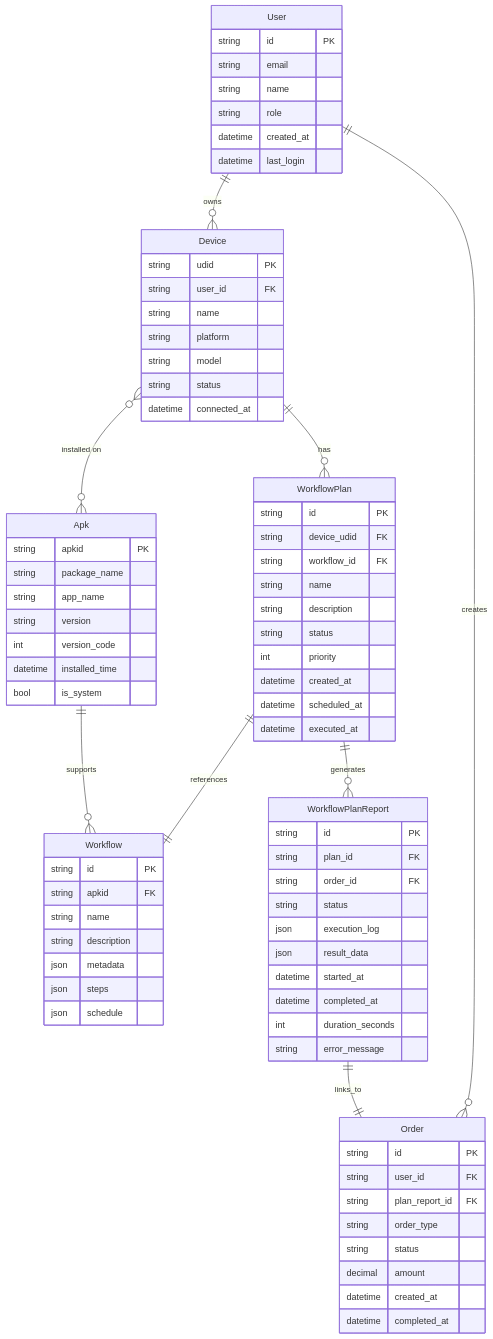
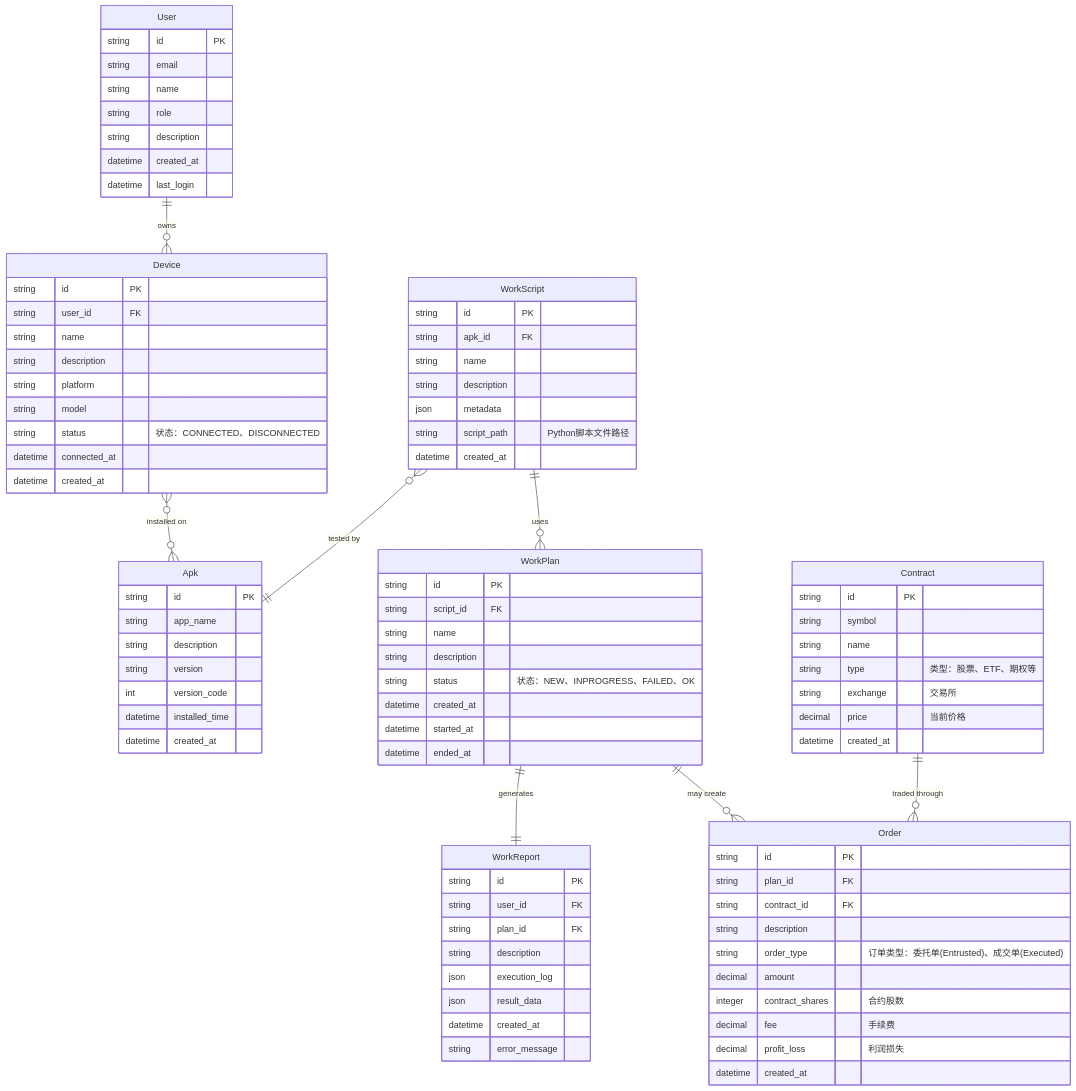
Before and after one commit to terminail/autodroid: the diagram in autodroid-container/DESIGN.md, drawn with Mermaid. The commit also changed other lines of this file and 11 other files, not shown here.

````diff
--- a/autodroid-container/DESIGN.md
+++ b/autodroid-container/DESIGN.md
@@ -179,86 +179,96 @@
 erDiagram
     User ||--o{ Device : owns
     Device }o--o{ Apk : "installed on"
-    Apk ||--o{ Workflow : supports
-    Device ||--o{ WorkflowPlan : has
-    WorkflowPlan ||--|| Workflow : references
-    WorkflowPlan ||--o{ WorkflowPlanReport : generates
-    WorkflowPlanReport ||--|| Order : links_to
-    User ||--o{ Order : creates
+    WorkScript o{--|| Apk : "tested by"
+    WorkScript ||--o{ WorkPlan : "uses"
+    WorkPlan ||--|| WorkReport : generates
+    WorkPlan ||--o{ Order : "may create"
+    Contract ||--o{ Order : "traded through"
     
     User {
         string id PK
         string email
         string name
         string role
+        string description
         datetime created_at
         datetime last_login
     }
     
     Device {
-        string udid PK
+        string id PK
         string user_id FK
         string name
+        string description
         string platform
         string model
-        string status
+        string status  "状态：CONNECTED、DISCONNECTED"
         datetime connected_at
+        datetime created_at
     }
     
     Apk {
-        string apkid PK
-        string package_name
+        string id PK
         string app_name
+        string description
         string version
         int version_code
         datetime installed_time
-        bool is_system
+        datetime created_at
     }
     
-    Workflow {
+    WorkScript {
         string id PK
-        string apkid FK
+        string apk_id FK
         string name
         string description
         json metadata
-        json steps
-        json schedule
+        string script_path  "Python脚本文件路径"
+        datetime created_at
     }
     
-    WorkflowPlan {
+    WorkPlan {
         string id PK
-        string device_udid FK
-        string workflow_id FK
+        string script_id FK
         string name
         string description
-        string status
-        int priority
+        string status  "状态：NEW、INPROGRESS、FAILED、OK"
         datetime created_at
-        datetime scheduled_at
-        datetime executed_at
+        datetime started_at
+        datetime ended_at
     }
     
-    WorkflowPlanReport {
+    WorkReport {
         string id PK
+        string user_id FK
         string plan_id FK
-        string order_id FK
-        string status
+        string description
         json execution_log
         json result_data
-        datetime started_at
-        datetime completed_at
-        int duration_seconds
+        datetime created_at
         string error_message
+    }
+    
+    Contract {
+        string id PK
+        string symbol
+        string name
+        string type  "类型：股票、ETF、期权等"
+        string exchange  "交易所"
+        decimal price  "当前价格"
+        datetime created_at
     }
     
     Order {
         string id PK
-        string user_id FK
-        string plan_report_id FK
-        string order_type
-        string status
+        string plan_id FK
+        string contract_id FK
+        string description
+        string order_type  "订单类型：委托单(Entrusted)、成交单(Executed)"
         decimal amount
+        integer contract_shares  "合约股数"
+        decimal fee  "手续费"
+        decimal profit_loss  "利润损失"
         datetime created_at
-        datetime completed_at
     }
 ```
````
